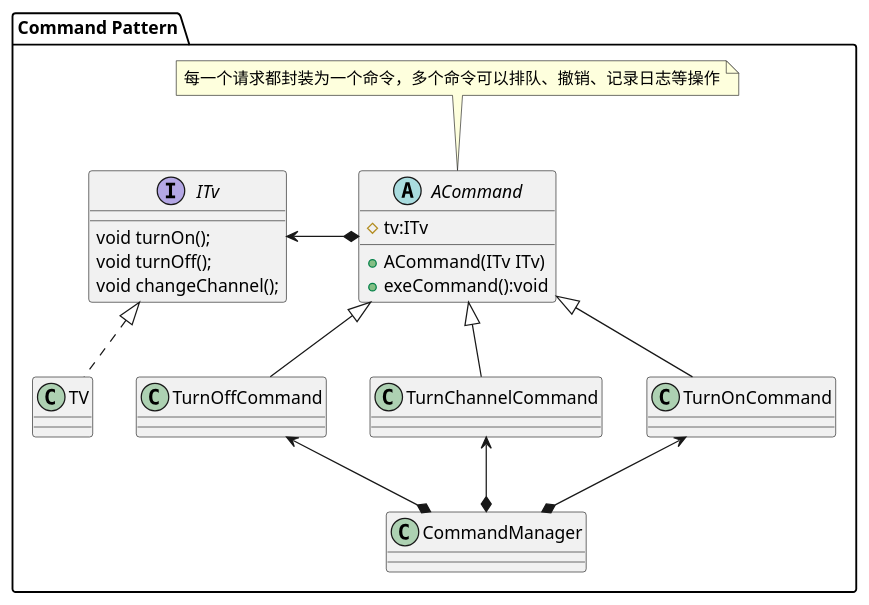
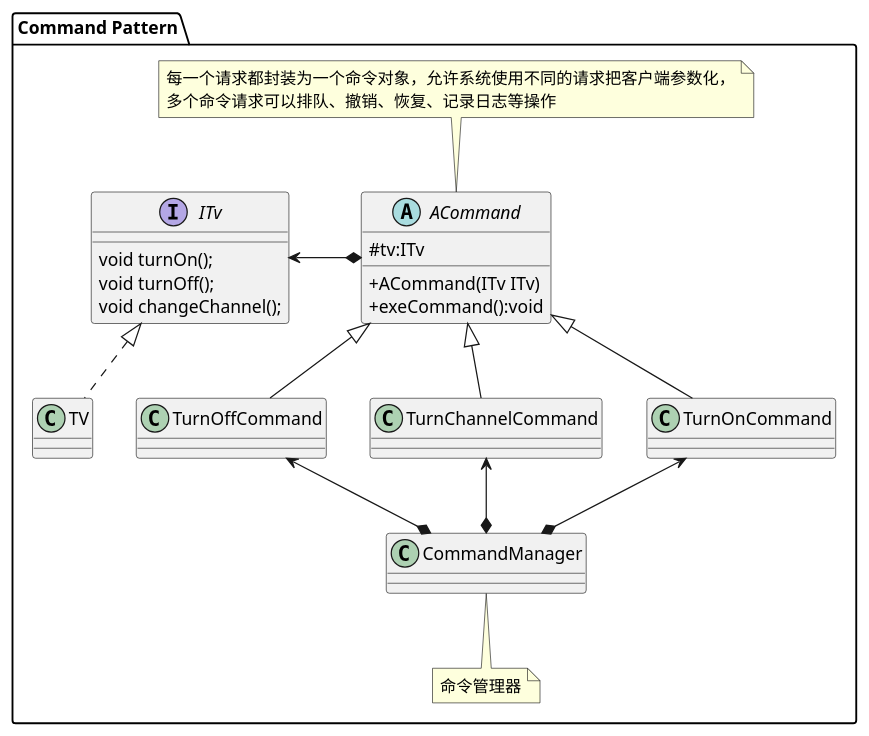
Before and after one commit to mxdldev/java-design-pattern: the diagram in lib_design_pattern/src/main/java/com/mxdl/desigin/pattern/behavior/a08_command/uml/command.puml, drawn with PlantUML. The commit also changed 28 other files, not shown here.

```diff
--- a/lib_design_pattern/src/main/java/com/mxdl/desigin/pattern/behavior/a08_command/uml/command.puml
+++ b/lib_design_pattern/src/main/java/com/mxdl/desigin/pattern/behavior/a08_command/uml/command.puml
@@ -2,24 +1,28 @@
 @startuml
+skinparam classAttributeIconSize 0
 package "Command Pattern"{
 abstract class ACommand {
     #tv:ITv
     +ACommand(ITv ITv)
     +exeCommand():void
 }
-note top:每一个请求都封装为一个命令，多个命令可以排队、撤销、记录日志等操作
+note top:每一个请求都封装为一个命令对象，允许系统使用不同的请求把客户端参数化，\n多个命令请求可以排队、撤销、恢复、记录日志等操作
 interface ITv {
     void turnOn();
     void turnOff();
     void changeChannel();
 }
 ITv <-* ACommand
 class TV implements ITv
+
+
 class TurnOnCommand extends ACommand
 class TurnOffCommand extends ACommand
 class TurnChannelCommand extends ACommand
 
 TurnOnCommand <--* CommandManager
 TurnOffCommand <--* CommandManager
 TurnChannelCommand <--* CommandManager
-
+class CommandManager
+note bottom:命令管理器
 @enduml
```
